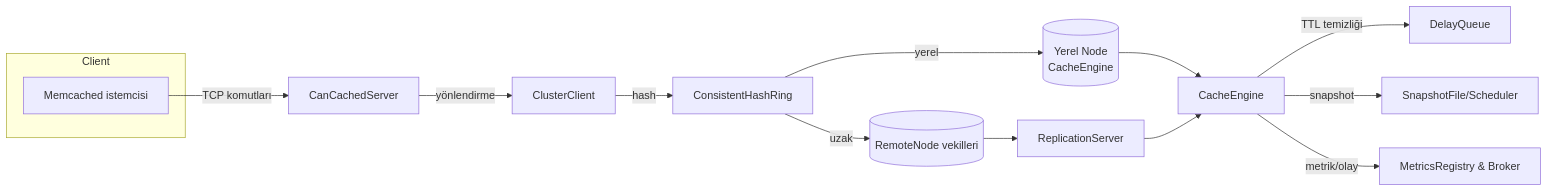
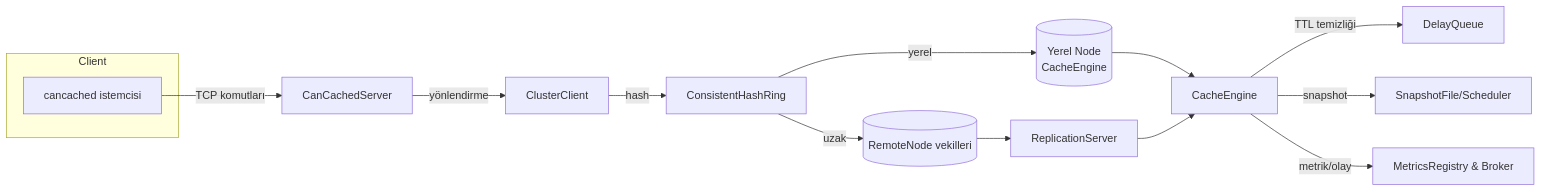
One commit to TunahanCan/can-cache changed the diagram in README.md. Above: the diagram before and after it, drawn with Mermaid. The commit also changed other lines of this file and 10 other files, not shown here.

````diff
--- a/README.md
+++ b/README.md
@@ -39,17 +39,17 @@
 ```mermaid
 flowchart LR
     subgraph Client
-        MC[Memcached istemcisi]
+        MC[cancached istemcisi]
     end
     MC -- TCP komutları --> S[CanCachedServer]
     S -- yönlendirme --> CC[ClusterClient]
     CC -- hash --> R[ConsistentHashRing]
     R -- yerel --> LN[(Yerel Node \nCacheEngine)]
     R -- uzak --> RN[(RemoteNode vekilleri)]
     RN --> RS[ReplicationServer]
     LN --> CE[CacheEngine]
     RS --> CE
     CE -- TTL temizliği --> DQ[DelayQueue]
     CE -- snapshot --> Snap[SnapshotFile/Scheduler]
     CE -- metrik/olay --> Obs[MetricsRegistry & Broker]
 ```
````
